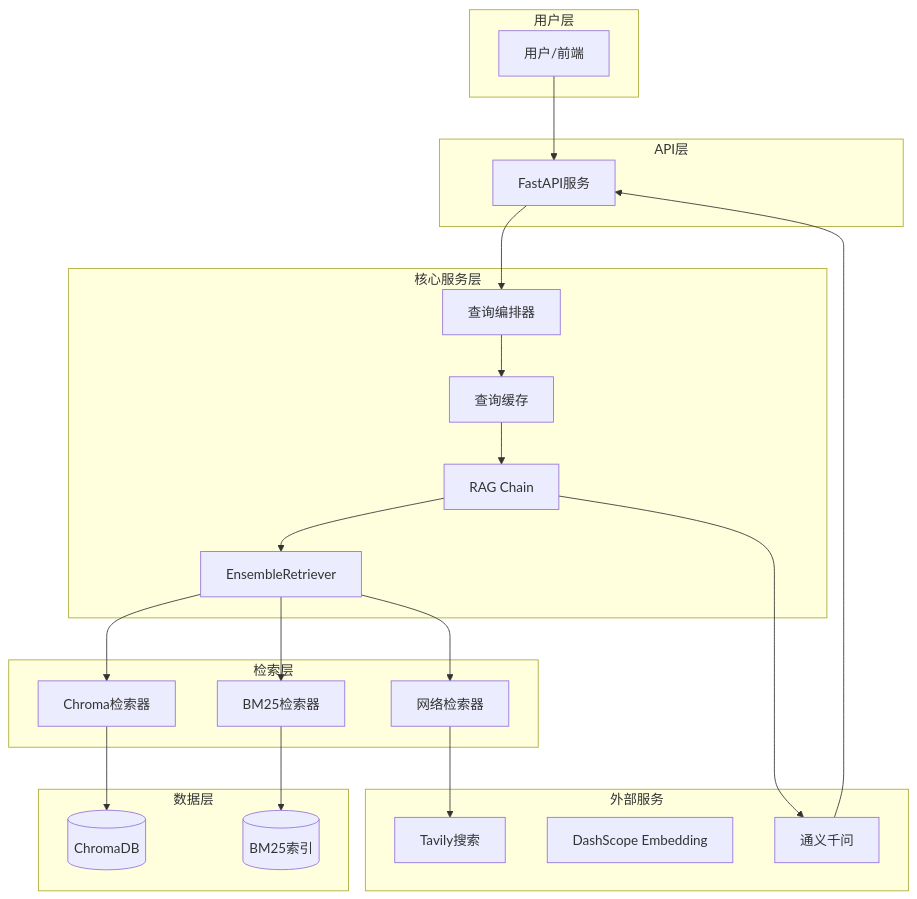
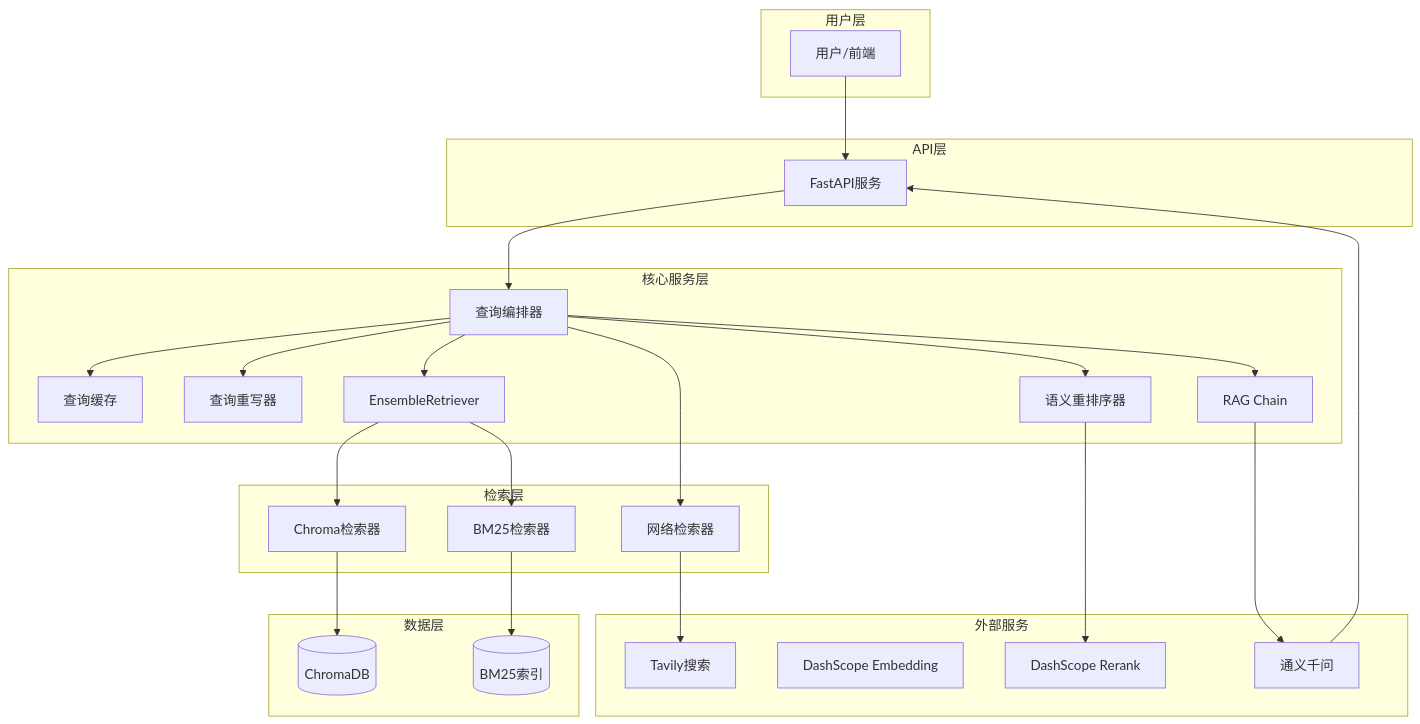
The first of 2 diagrams in README.md (liuxinrongjinmu/ai_rag_Engineering_Quality_Inspection), drawn with Mermaid before and after one commit. The commit also changed other lines of this file and 14 other files, not shown here.

````diff
--- a/README.md
+++ b/README.md
@@ -46,48 +41,54 @@
 ```mermaid
 graph TB
     subgraph 用户层
         U[用户/前端]
     end
     
     subgraph API层
         API[FastAPI服务]
     end
     
     subgraph 核心服务层
         ORCH[查询编排器]
         CHAIN[RAG Chain]
         ENSEMBLE[EnsembleRetriever]
         CACHE[查询缓存]
+        REWRITER[查询重写器]
+        RERANKER[语义重排序器]
     end
     
     subgraph 检索层
         CHROMA[Chroma检索器]
         BM25[BM25检索器]
         WEB[网络检索器]
     end
     
     subgraph 数据层
         VDB[(ChromaDB)]
         BM25_IDX[(BM25索引)]
     end
     
     subgraph 外部服务
         LLM[通义千问]
         EMBED[DashScope Embedding]
+        RERANK[DashScope Rerank]
         SEARCH[Tavily搜索]
     end
     
     U --> API
     API --> ORCH
     ORCH --> CACHE
-    CACHE --> CHAIN
-    CHAIN --> ENSEMBLE
+    ORCH --> REWRITER
+    ORCH --> ENSEMBLE
     ENSEMBLE --> CHROMA
     ENSEMBLE --> BM25
-    ENSEMBLE --> WEB
+    ORCH --> WEB
+    ORCH --> RERANKER
+    RERANKER --> RERANK
     CHROMA --> VDB
     BM25 --> BM25_IDX
     WEB --> SEARCH
+    ORCH --> CHAIN
     CHAIN --> LLM
     LLM --> API
 ```
````
